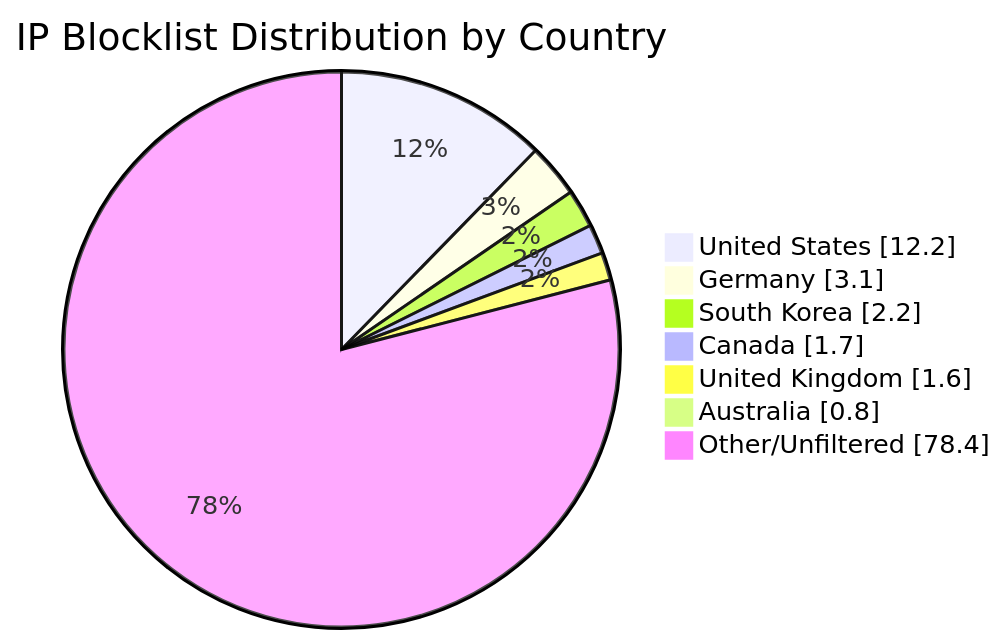
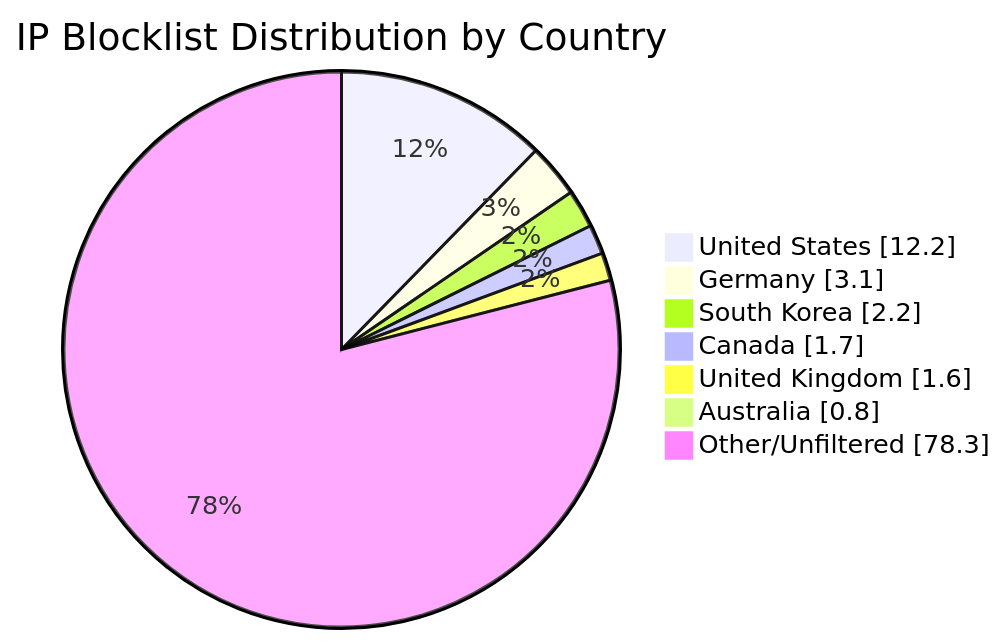
One commit to MarcusHoltz/ipblocklist-geofiltered-aggregator changed the diagram in README.md. Above: the diagram before and after it, drawn with Mermaid. The commit also changed other lines of this file and 9 other files, not shown here.

````diff
--- a/README.md
+++ b/README.md
@@ -34,10 +34,10 @@
 ```mermaid
 pie showData title IP Blocklist Distribution by Country
 "United States" : 12.2
 "Germany" : 3.1
 "South Korea" : 2.2
 "Canada" : 1.7
 "United Kingdom" : 1.6
 "Australia" : 0.8
-"Other/Unfiltered" : 78.4
+"Other/Unfiltered" : 78.3
 ```
````
